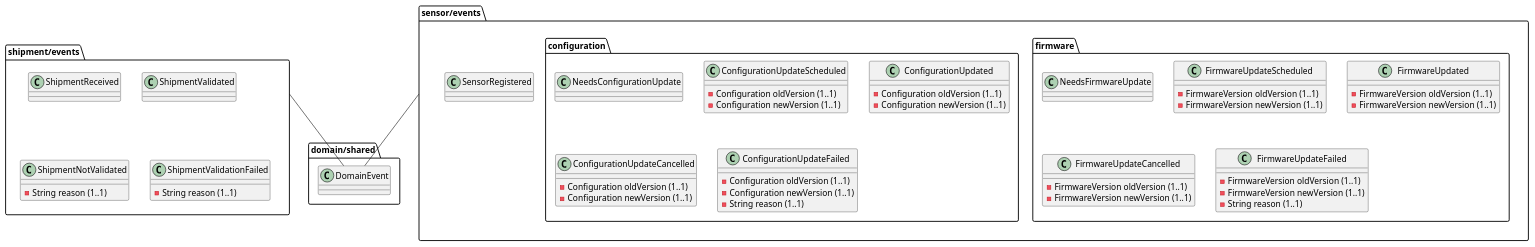
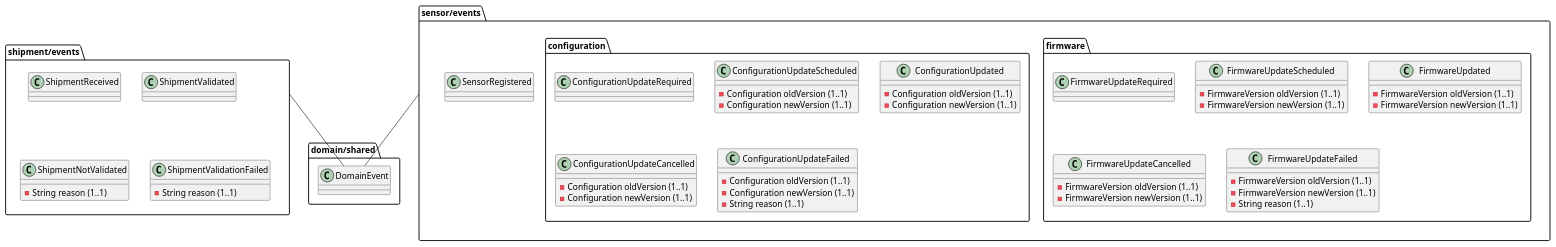
The diagram in docs/diagrams/DomainEvents.puml (AboutCodingBE/validation-excercise), drawn with PlantUML before and after one commit.

Commit message:
Fixed domain events names

```diff
--- a/docs/diagrams/DomainEvents.puml
+++ b/docs/diagrams/DomainEvents.puml
@@ -1,82 +1,82 @@
 @startuml
 
 package domain/shared as ds {
   class DomainEvent
 }
 
 package shipment/events as she {
   class ShipmentReceived {
   }
 
   class ShipmentValidated {
   }
 
   class ShipmentNotValidated {
     -String reason (1..1)
   }
 
   class ShipmentValidationFailed {
     -String reason (1..1)
   }
 
 }
 
 package sensor/events as see {
   class SensorRegistered {}
 
   package firmware {
-      class NeedsFirmwareUpdate
+      class FirmwareUpdateRequired
 
       class FirmwareUpdateScheduled {
         -FirmwareVersion oldVersion (1..1)
         -FirmwareVersion newVersion (1..1)
       }
 
       class FirmwareUpdated {
         -FirmwareVersion oldVersion (1..1)
         -FirmwareVersion newVersion (1..1)
       }
 
       class FirmwareUpdateCancelled {
         -FirmwareVersion oldVersion (1..1)
         -FirmwareVersion newVersion (1..1)
       }
 
       class FirmwareUpdateFailed {
         -FirmwareVersion oldVersion (1..1)
         -FirmwareVersion newVersion (1..1)
         -String reason (1..1)
       }
   }
 
   package configuration {
 
-    class NeedsConfigurationUpdate
+    class ConfigurationUpdateRequired
 
     class ConfigurationUpdateScheduled {
       -Configuration oldVersion (1..1)
       -Configuration newVersion (1..1)
     }
 
     class ConfigurationUpdated {
       -Configuration oldVersion (1..1)
       -Configuration newVersion (1..1)
     }
 
     class ConfigurationUpdateCancelled {
       -Configuration oldVersion (1..1)
       -Configuration newVersion (1..1)
     }
 
     class ConfigurationUpdateFailed {
       -Configuration oldVersion (1..1)
       -Configuration newVersion (1..1)
       -String reason (1..1)
     }
   }
 }
 
 she -- DomainEvent
 see -- DomainEvent
 
 @enduml
```
